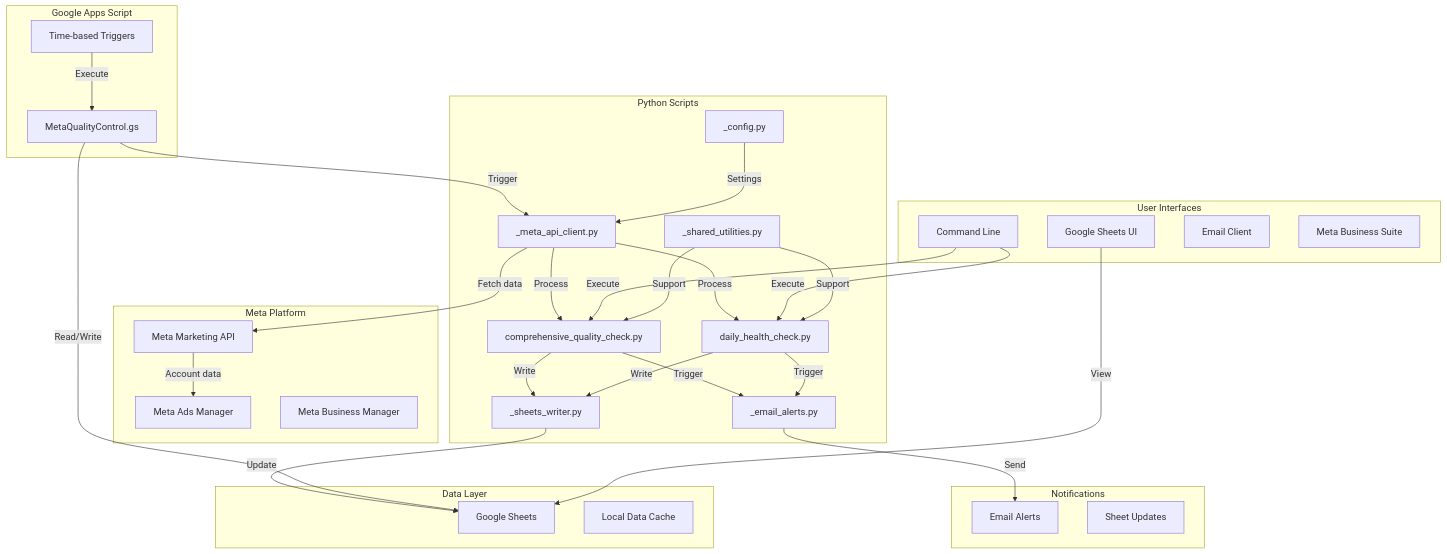
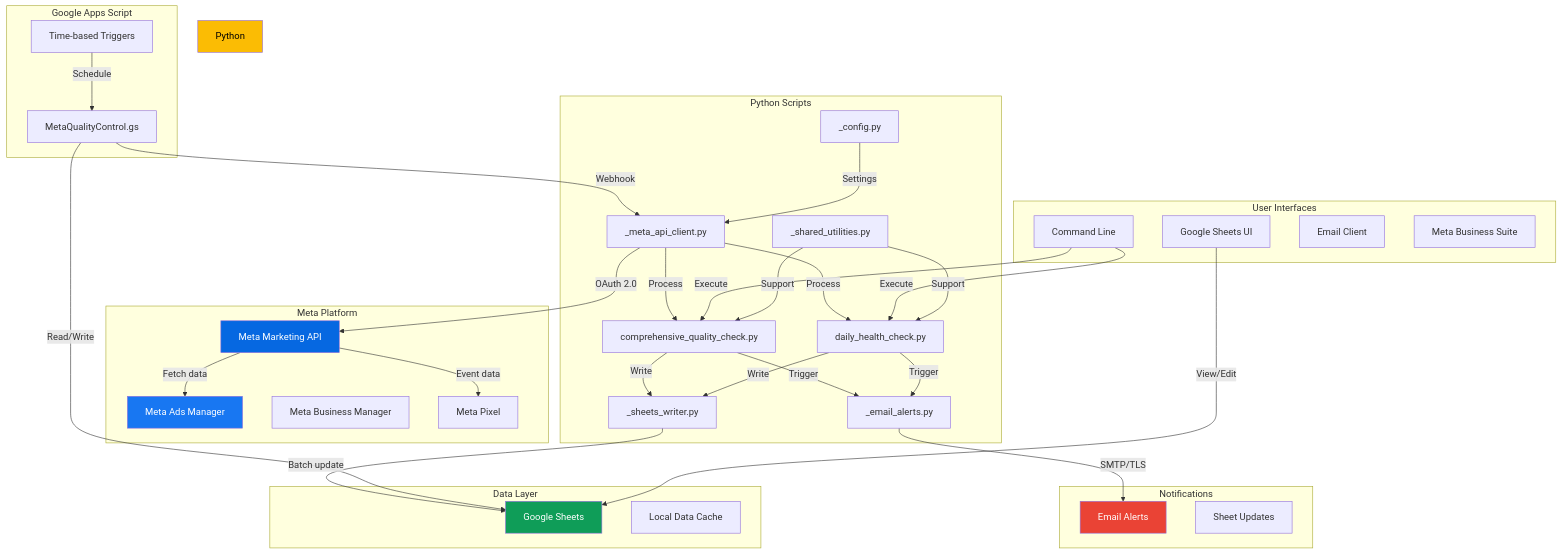
The first of 12 diagrams in docs/ARCHITECTURE.md (Empire-Amplify/meta-ads-quality-control), drawn with Mermaid before and after one commit. The commit also changed other lines of this file, not shown here.

First line of the commit message:
docs: Enhance ARCHITECTURE.md with comprehensive visual diagrams

````diff
--- a/docs/ARCHITECTURE.md
+++ b/docs/ARCHITECTURE.md
@@ -15,66 +15,74 @@
 ```mermaid
 graph TB
     subgraph "Meta Platform"
         MetaAds[Meta Ads Manager]
         MetaAPI[Meta Marketing API]
         BusinessManager[Meta Business Manager]
+        Pixel[Meta Pixel]
     end
 
     subgraph "Python Scripts"
         QualityCheck[comprehensive_quality_check.py]
         DailyHealth[daily_health_check.py]
         MetaClient[_meta_api_client.py]
         SheetsWriter[_sheets_writer.py]
         EmailAlerts[_email_alerts.py]
         Utilities[_shared_utilities.py]
         Config[_config.py]
     end
 
     subgraph "Data Layer"
         Sheets[Google Sheets]
         LocalCache[Local Data Cache]
     end
 
     subgraph "Google Apps Script"
         GAS[MetaQualityControl.gs]
         SheetsTriggers[Time-based Triggers]
     end
 
     subgraph "Notifications"
         Email[Email Alerts]
         SheetUpdates[Sheet Updates]
     end
 
     subgraph "User Interfaces"
         CLI[Command Line]
         SheetsUI[Google Sheets UI]
         EmailClient[Email Client]
         MetaBusiness[Meta Business Suite]
     end
 
     %% Connections
-    MetaClient -->|Fetch data| MetaAPI
-    MetaAPI -->|Account data| MetaAds
+    MetaClient -->|OAuth 2.0| MetaAPI
+    MetaAPI -->|Fetch data| MetaAds
+    MetaAPI -->|Event data| Pixel
     MetaClient -->|Process| QualityCheck
     MetaClient -->|Process| DailyHealth
 
     QualityCheck -->|Write| SheetsWriter
     DailyHealth -->|Write| SheetsWriter
-    SheetsWriter -->|Update| Sheets
+    SheetsWriter -->|Batch update| Sheets
 
-    EmailAlerts -->|Send| Email
+    EmailAlerts -->|SMTP/TLS| Email
     QualityCheck -->|Trigger| EmailAlerts
     DailyHealth -->|Trigger| EmailAlerts
 
     GAS -->|Read/Write| Sheets
-    SheetsTriggers -->|Execute| GAS
-    GAS -->|Trigger| MetaClient
+    SheetsTriggers -->|Schedule| GAS
+    GAS -->|Webhook| MetaClient
 
     CLI -->|Execute| QualityCheck
     CLI -->|Execute| DailyHealth
-    SheetsUI -->|View| Sheets
+    SheetsUI -->|View/Edit| Sheets
 
     Utilities -->|Support| QualityCheck
     Utilities -->|Support| DailyHealth
     Config -->|Settings| MetaClient
+
+    style MetaAds fill:#1877f2,color:#fff
+    style MetaAPI fill:#0668e1,color:#fff
+    style Python fill:#fbbc04,color:#000
+    style Sheets fill:#0f9d58,color:#fff
+    style Email fill:#ea4335,color:#fff
 ```
````
